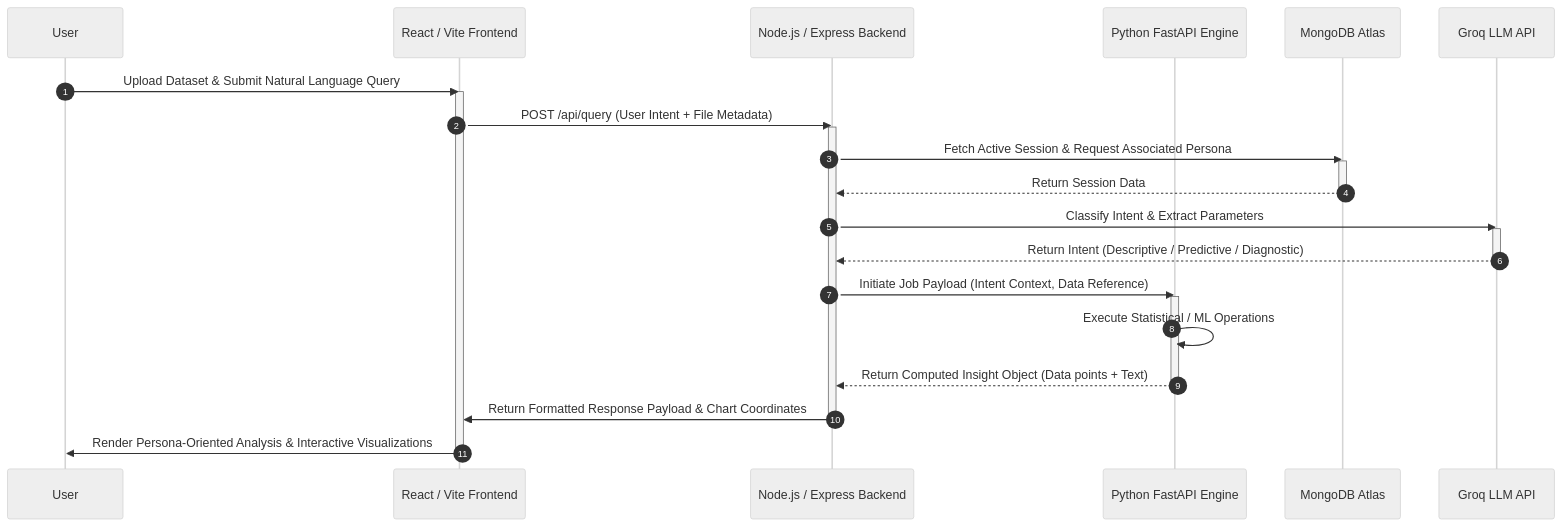
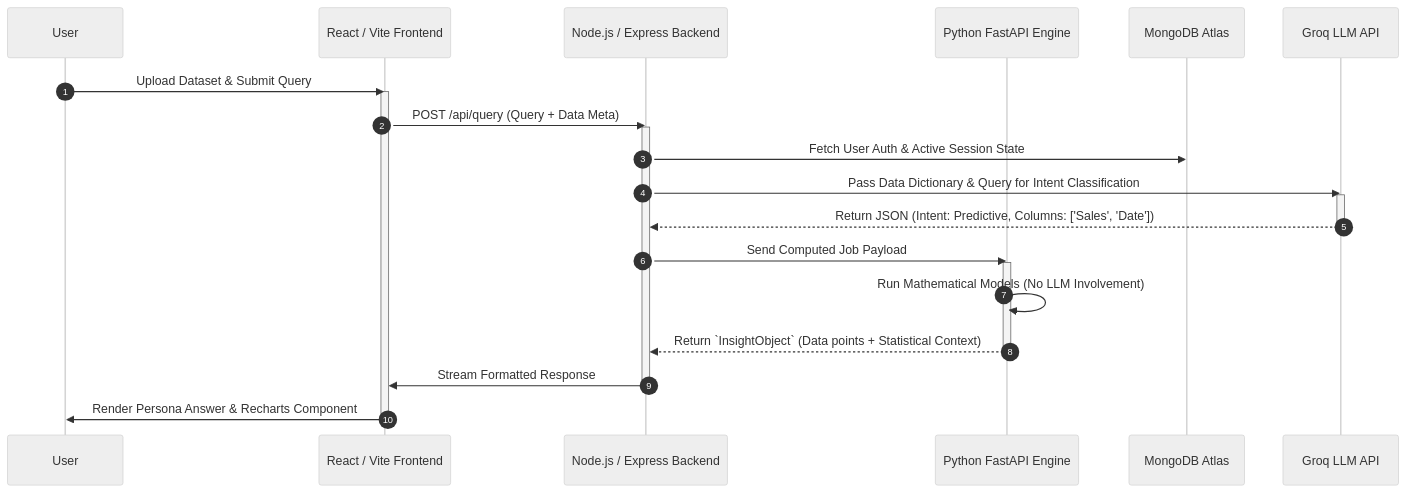
The second of 2 diagrams in README.md (harsh07032004/NATWEST), drawn with Mermaid (neutral theme) before and after one commit. The commit also changed other lines of this file, not shown here.

````diff
--- a/README.md
+++ b/README.md
@@ -79,37 +85,34 @@
 ```mermaid
 sequenceDiagram
     autonumber
     participant User
     participant Frontend as React / Vite Frontend
     participant Backend as Node.js / Express Backend
     participant Engine as Python FastAPI Engine
     participant DB as MongoDB Atlas
     participant LLM as Groq LLM API
 
-    User->>Frontend: Upload Dataset & Submit Natural Language Query
+    User->>Frontend: Upload Dataset & Submit Query
     activate Frontend
-    Frontend->>Backend: POST /api/query (User Intent + File Metadata)
+    Frontend->>Backend: POST /api/query (Query + Data Meta)
     activate Backend
     
-    Backend->>DB: Fetch Active Session & Request Associated Persona
-    activate DB
-    DB-->>Backend: Return Session Data
-    deactivate DB
+    Backend->>DB: Fetch User Auth & Active Session State
     
-    Backend->>LLM: Classify Intent & Extract Parameters
+    Backend->>LLM: Pass Data Dictionary & Query for Intent Classification
     activate LLM
-    LLM-->>Backend: Return Intent (Descriptive / Predictive / Diagnostic)
+    LLM-->>Backend: Return JSON (Intent: Predictive, Columns: ['Sales', 'Date'])
     deactivate LLM
     
-    Backend->>Engine: Initiate Job Payload (Intent Context, Data Reference)
+    Backend->>Engine: Send Computed Job Payload
     activate Engine
-    Engine->>Engine: Execute Statistical / ML Operations
-    Engine-->>Backend: Return Computed Insight Object (Data points + Text)
+    Engine->>Engine: Run Mathematical Models (No LLM Involvement)
+    Engine-->>Backend: Return `InsightObject` (Data points + Statistical Context)
     deactivate Engine
     
-    Backend->>Frontend: Return Formatted Response Payload & Chart Coordinates
+    Backend->>Frontend: Stream Formatted Response
     deactivate Backend
     
-    Frontend->>User: Render Persona-Oriented Analysis & Interactive Visualizations
+    Frontend->>User: Render Persona Answer & Recharts Component
     deactivate Frontend
 ```
````
